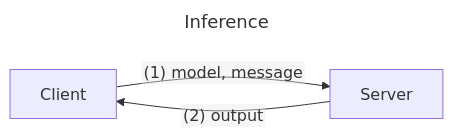
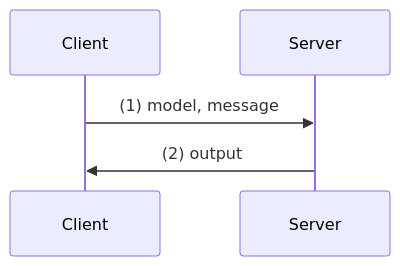
One commit to erhant/cryptist-2025-inference changed the first of 4 diagrams in src/img/01_inference.md. Above: the diagram before and after it, drawn with Mermaid. The commit also changed other lines of this file and 24 other files, not shown here.

````diff
--- a/src/img/01_inference.md
+++ b/src/img/01_inference.md
@@ -1,14 +3,11 @@
 ```mermaid
----
-title: Inference
----
 %% the command below is needed for svg rendering in typst %%
-%%{ init: { "htmlLabels": false, "flowchart": { "htmlLabels": false } } }%%
+%%{ init: { "htmlLabels": false, "sequenceDiagram": { "htmlLabels": false } } }%%
 
-flowchart LR
-    C[Client]
-    S[Server]
+sequenceDiagram
+  participant C as Client
+  participant S as Server
 
-    C -- (1) model, message --> S
-    S -- (2) output --> C
+  C->>S: (1) model, message
+  S->>C: (2) output
 ```
````
